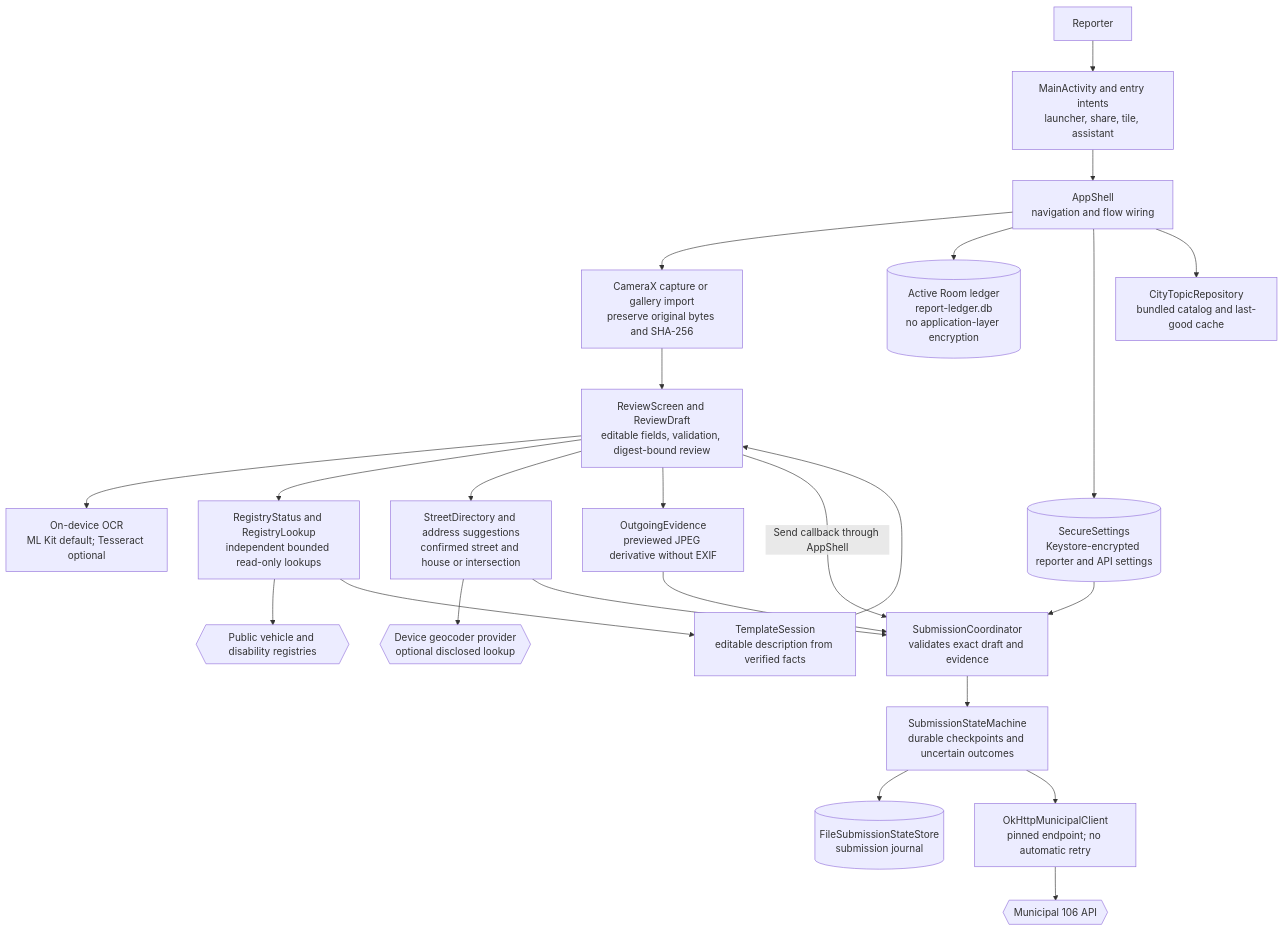
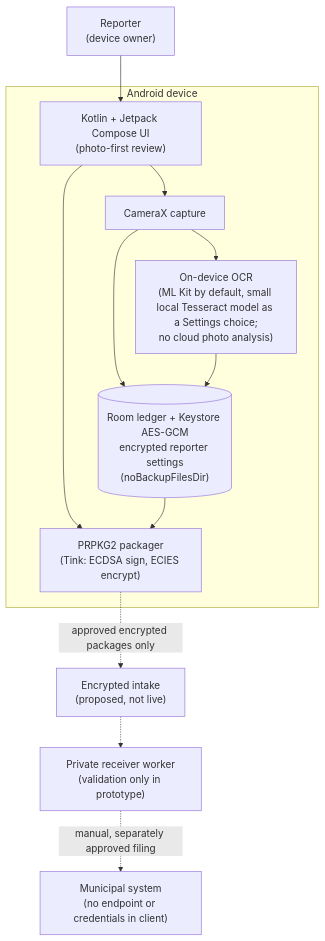
The first of 2 diagrams in ARCHITECTURE.md (reihlinstinct/parking-reporter-app), drawn with Mermaid before and after one commit. The commit also changed other lines of this file and 26 other files, not shown here.

````diff
--- a/ARCHITECTURE.md
+++ b/ARCHITECTURE.md
@@ -9,41 +7,24 @@
 ```mermaid
 flowchart TB
-    person["Reporter"]
-    entry["MainActivity and entry intents<br/>launcher, share, tile, assistant"]
-    shell["AppShell<br/>navigation and flow wiring"]
-    capture["CameraX capture or gallery import<br/>preserve original bytes and SHA-256"]
-    review["ReviewScreen and ReviewDraft<br/>editable fields, validation, digest-bound review"]
-    ocr["On-device OCR<br/>ML Kit default; Tesseract optional"]
-    facts["RegistryStatus and RegistryLookup<br/>independent bounded read-only lookups"]
-    templates["TemplateSession<br/>editable description from verified facts"]
-    topics["CityTopicRepository<br/>bundled catalog and last-good cache"]
-    address["StreetDirectory and address suggestions<br/>confirmed street and house or intersection"]
-    photo["OutgoingEvidence<br/>previewed JPEG derivative without EXIF"]
-    room[("Active Room ledger<br/>report-ledger.db<br/>no application-layer encryption")]
-    settings[("SecureSettings<br/>Keystore-encrypted reporter and API settings")]
-    coordinator["SubmissionCoordinator<br/>validates exact draft and evidence"]
-    state["SubmissionStateMachine<br/>durable checkpoints and uncertain outcomes"]
-    journal[("FileSubmissionStateStore<br/>submission journal")]
-    client["OkHttpMunicipalClient<br/>pinned endpoint; no automatic retry"]
-    city{{"Municipal 106 API"}}
-    registry{{"Public vehicle and disability registries"}}
-    geocoder{{"Device geocoder provider<br/>optional disclosed lookup"}}
-    person --> entry --> shell
-    shell --> capture --> review
-    shell --> room
-    shell --> settings
-    review --> ocr
-    review --> facts --> registry
-    facts --> templates --> review
-    shell --> topics
-    review --> address
-    address --> geocoder
-    review --> photo
-    review -->|"Send callback through AppShell"| coordinator
-    settings --> coordinator
-    address --> coordinator
-    photo --> coordinator
-    coordinator --> state
-    state --> journal
-    state --> client --> city
+    user["Reporter<br/>(device owner)"]
+    subgraph device["Android device"]
+        ui["Kotlin + Jetpack Compose UI<br/>(photo-first review)"]
+        cam["CameraX capture"]
+        ocr["On-device OCR<br/>(ML Kit by default, small local Tesseract model as a Settings choice;<br/>no cloud photo analysis)"]
+        store[("Room ledger + Keystore AES-GCM<br/>encrypted reporter settings<br/>(noBackupFilesDir)")]
+        pack["PRPKG2 packager<br/>(Tink: ECDSA sign, ECIES encrypt)"]
+    end
+    intake["Encrypted intake<br/>(proposed, not live)"]
+    worker["Private receiver worker<br/>(validation only in prototype)"]
+    muni["Municipal system<br/>(no endpoint or credentials in client)"]
+    user --> ui
+    ui --> cam
+    cam --> ocr
+    cam --> store
+    ocr --> store
+    ui --> pack
+    store --> pack
+    pack -. "approved encrypted packages only" .-> intake
+    intake -.-> worker
+    worker -. "manual, separately approved filing" .-> muni
 ```
````
